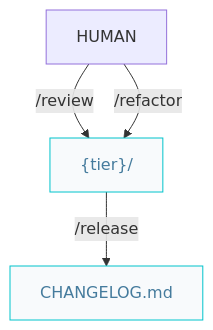
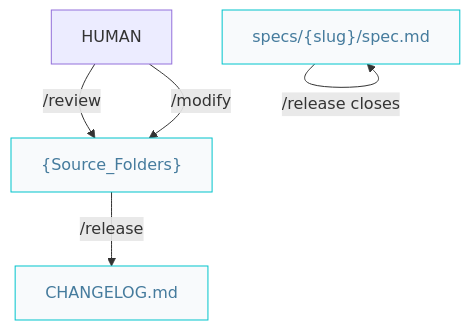
Before and after one commit to AIDDbot/AIDDbot: the diagram in docs/craftsman.pipelines.md, drawn with Mermaid. The commit also changed other lines of this file and 10 other files, not shown here.

````diff
--- a/docs/craftsman.pipelines.md
+++ b/docs/craftsman.pipelines.md
@@ -7,12 +7,14 @@
 ```mermaid
 flowchart TD  
   HUM[HUMAN]
-  COD["{tier}/"]:::nd
+  COD["{Source_Folders}"]:::nd
+  SPC["specs/{slug}/spec.md"]:::nd
   CHL["CHANGELOG.md"]:::nd
   
   HUM -->|/review| COD
-  HUM -->|/refactor| COD
   COD -->|/release| CHL
+  SPC -->|/release closes| SPC
+  HUM -->|/modify| COD
 
   classDef nd fill:#f8fafc,stroke:#00c4cc,color:#457b9d
 ```
````
